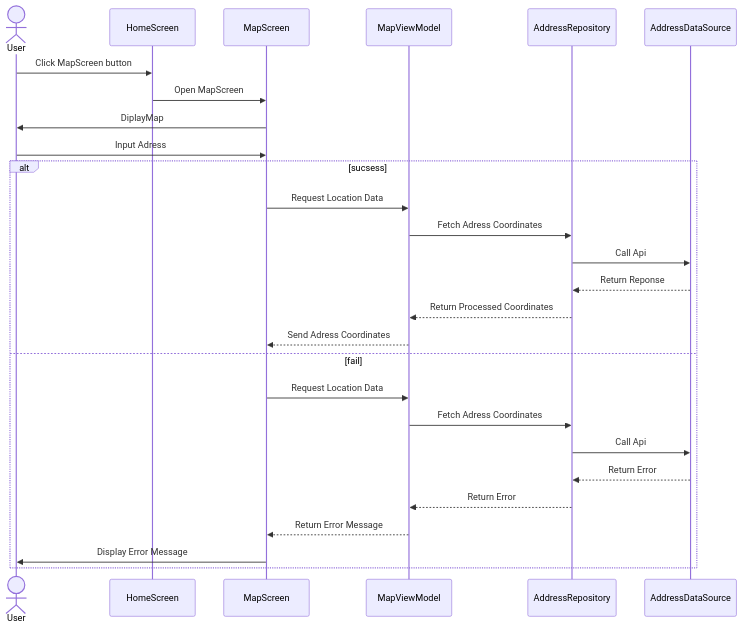
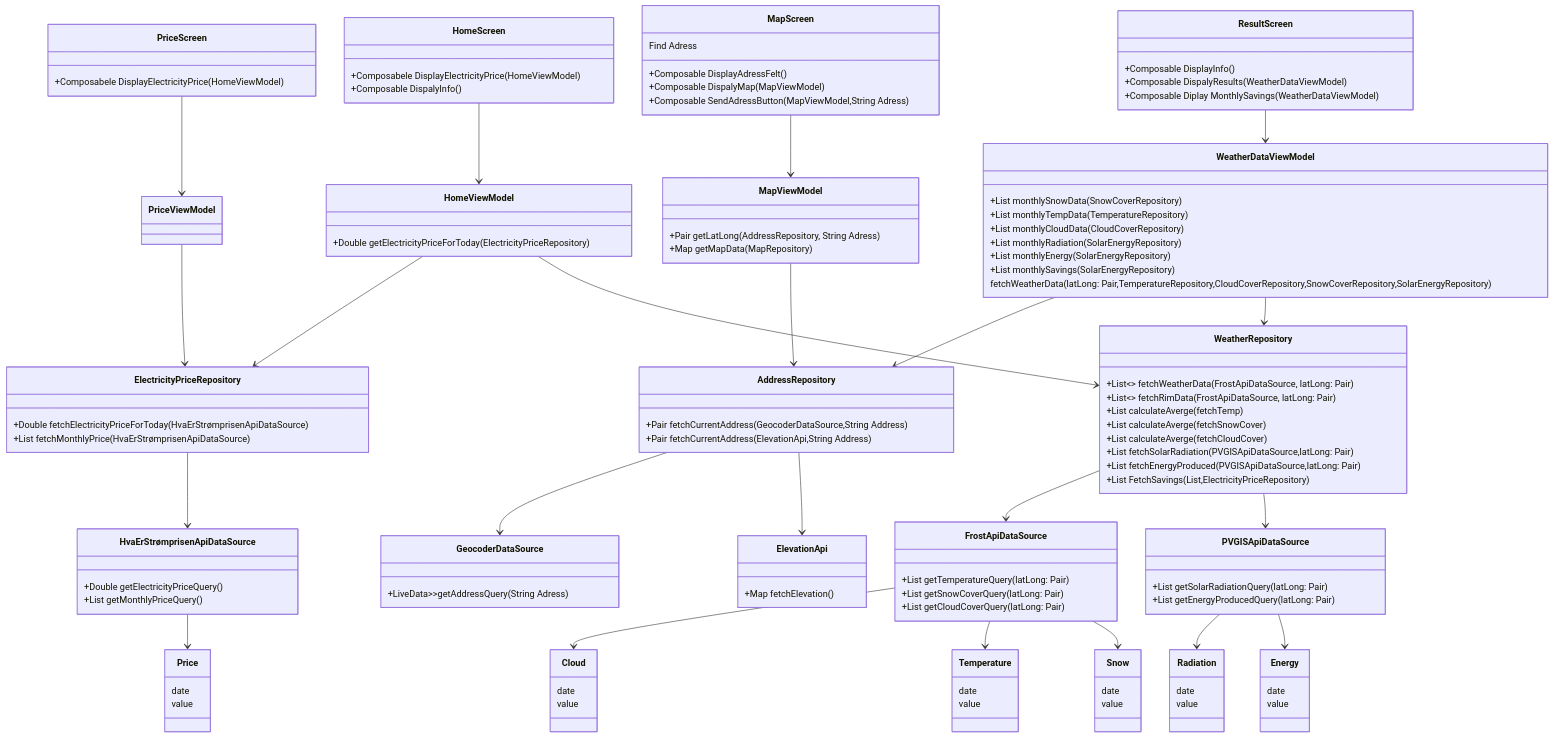
The second of 2 diagrams in Diagrams/MODELING.md (jalya001/Solar-panel-Optimized-Living), drawn with Mermaid before and after one commit. The commit also changed other lines of this file, not shown here.

````diff
--- a/Diagrams/MODELING.md
+++ b/Diagrams/MODELING.md
@@ -182,3 +185,164 @@
+```mermaid
+    classDiagram
+    class HomeScreen{
+        +Composabele DisplayElectricityPrice(HomeViewModel)
+        +Composable DispalyInfo()
+    }
+     class MapScreen{
+        +Composable DisplayAdressFelt()
+        +Composable DispalyMap(MapViewModel)
+        +Composable SendAdressButton(MapViewModel,String Adress)
+    }
+    class ResultScreen{
+        +Composable DisplayInfo()
+        +Composable DispalyResults(WeatherDataViewModel)
+        +Composable Diplay MonthlySavings(WeatherDataViewModel)
+    }
+    class PriceScreen{
+        +Composabele DisplayElectricityPrice(HomeViewModel)
+    }
+    %% ViewModels
+   class HomeViewModel {
+        +Double getElectricityPriceForToday(ElectricityPriceRepository)
+        
+    }
+    class PriceViewModel {
+
+    }
+
+    class MapViewModel {
+        +Pair<Double, Double> getLatLong(AddressRepository, String Adress)
+        +Map getMapData(MapRepository)
+    }
+
+    class WeatherDataViewModel {
+
+        +List<AvergeMonthlySnowCover> monthlySnowData(SnowCoverRepository)
+        +List<AvergeMonthlyTemperatures> monthlyTempData(TemperatureRepository)
+        +List<AvergeMonthlyClouds> monthlyCloudData(CloudCoverRepository)
+
+        +List<Radiation> monthlyRadiation(SolarEnergyRepository)
+        +List<EnergyProduction> monthlyEnergy(SolarEnergyRepository)
+        +List<MonthlySavings> monthlySavings(SolarEnergyRepository)
+        
+        fetchWeatherData(latLong: Pair<Double, Double>,TemperatureRepository,CloudCoverRepository,SnowCoverRepository,SolarEnergyRepository)
+
+        
+    }
+
+    %% Repositories
+    class ElectricityPriceRepository {
+        +Double fetchElectricityPriceForToday(HvaErStrømprisenApiDataSource)
+        +List<MonthlyPrice> fetchMonthlyPrice(HvaErStrømprisenApiDataSource)
+    }
+
+    class AddressRepository {
+        +Pair<Double, Double> fetchCurrentAddress(GeocoderDataSource,String Address)
+        +Pair<Double, Double> fetchCurrentAddress(ElevationApi,String Address)
+    }
+
+    class WeatherRepository {
+        +List<> fetchWeatherData(FrostApiDataSource, latLong: Pair<Double, Double>)
+        +List<> fetchRimData(FrostApiDataSource, latLong: Pair<Double, Double>)
+
+        +List<AvergeMonthlyTemperatures> calculateAverge(fetchTemp)
+        +List<AvergeMonthlySnowCover> calculateAverge(fetchSnowCover)
+        +List<AvergeMonthlyClouds> calculateAverge(fetchCloudCover)
+        
+        +List<Radiation> fetchSolarRadiation(PVGISApiDataSource,latLong: Pair<Double, Double>)
+
+        +List<EnergyProduction> fetchEnergyProduced(PVGISApiDataSource,latLong: Pair<Double, Double>)
+
+        +List<MonthlySavings> FetchSavings(List<EnergyProduction>,ElectricityPriceRepository )
+   
+    }
+
+
+    %% Data Sources / APIs
+    class HvaErStrømprisenApiDataSource {
+        +Double getElectricityPriceQuery()
+        +List<monthlyPrice> getMonthlyPriceQuery()
+    }
+
+    class GeocoderDataSource {
+        +LiveData<List<Pair<Double, Double>>>getAddressQuery(String Adress)
+    }
+
+    class ElevationApi {
+        +Map fetchElevation()
+    }
+
+    class FrostApiDataSource {
+        +List<Temperature> getTemperatureQuery(latLong: Pair<Double, Double>)
+        +List<Snow> getSnowCoverQuery(latLong: Pair<Double, Double>)
+        +List<Cloud> getCloudCoverQuery(latLong: Pair<Double, Double>)
+    }
+
+    class PVGISApiDataSource {
+        +List<Radation> getSolarRadiationQuery(latLong: Pair<Double, Double>)
+        +List<EnergyProduction> getEnergyProducedQuery(latLong: Pair<Double, Double>)
+    }
+    %% Data classes
+    class Temperature{
+        date 
+        value
+
+    }
+    class Snow{
+     date 
+        value
+    }
+    class Cloud{
+     date 
+        value
+    }
+    class Energy{
+     date 
+        value
+    }
+    class Radiation{
+     date 
+        value
+    }
+    class Price{
+     date 
+        value
+    }
+    
+    %% Relationships
+    
+    HomeScreen --> HomeViewModel
+    ResultScreen --> WeatherDataViewModel
+    MapScreen --> MapViewModel
+    HomeViewModel --> ElectricityPriceRepository
+    HomeViewModel --> WeatherRepository
+
+    PriceScreen --> PriceViewModel
+    PriceViewModel --> ElectricityPriceRepository
+    ElectricityPriceRepository --> HvaErStrømprisenApiDataSource
+    HvaErStrømprisenApiDataSource --> Price
+
+    MapViewModel --> AddressRepository
+    AddressRepository --> GeocoderDataSource
+    AddressRepository --> ElevationApi
+    
+    WeatherDataViewModel --> AddressRepository
+    WeatherDataViewModel --> WeatherRepository
+
+    WeatherRepository --> FrostApiDataSource
+
+    WeatherRepository --> PVGISApiDataSource
+
+    FrostApiDataSource --> Cloud
+    FrostApiDataSource --> Temperature
+    FrostApiDataSource --> Snow
+
+    PVGISApiDataSource --> Radiation
+    PVGISApiDataSource --> Energy
+
+    
+
+MapScreen: Find Adress
 ```mermaid
     sequenceDiagram
 
@@ -212,7 +376,4 @@
         MapScreen ->> User: Display Error Message
 
     end
-
-    
-    
 ```
````
